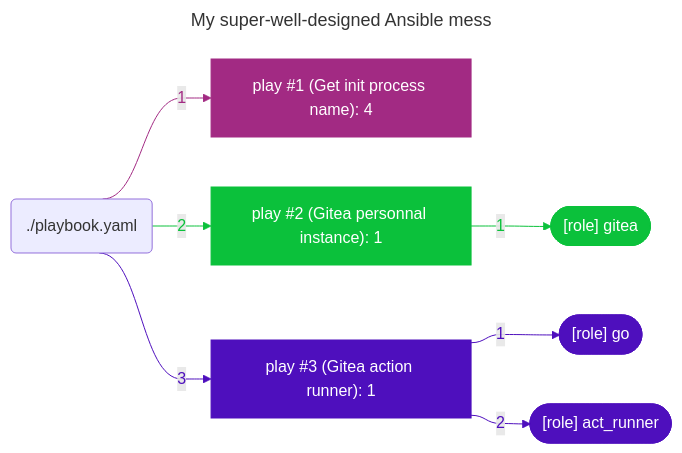
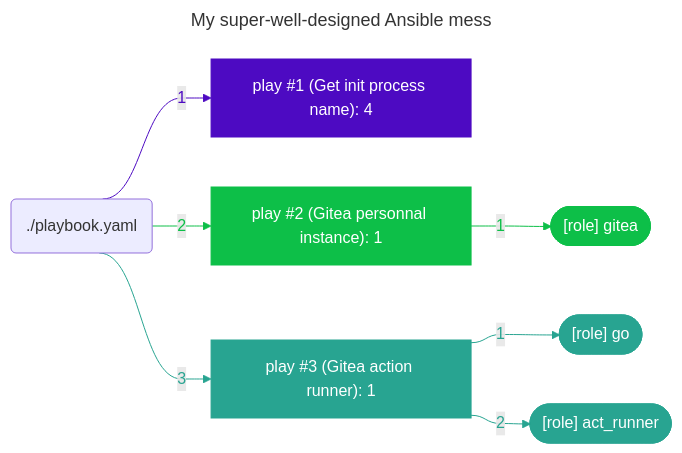
Before and after one commit to boyreau/boyreau: the diagram in README.md, drawn with Mermaid.

Commit message:
profile graph automatic update

````diff
--- a/README.md
+++ b/README.md
@@ -48,47 +48,47 @@
 ```mermaid
 ---
 title: "My super-well-designed Ansible mess"
 ---
 %%{ init: { "flowchart": { "curve": "bumpX" } } }%%
 flowchart LR
 	%% Start of the playbook './playbook.yaml'
-	playbook_58771bd0("./playbook.yaml")
+	playbook_70147e72("./playbook.yaml")
 		%% Start of the play 'play #1 (Get init process name): 4'
-		play_516c29f7["play #1 (Get init process name): 4"]
-		style play_516c29f7 stroke:#a22a83,fill:#a22a83,color:#ffffff
-		playbook_58771bd0 --> |"1"| play_516c29f7
-		linkStyle 0 stroke:#a22a83,color:#a22a83
+		play_82de7cd2["play #1 (Get init process name): 4"]
+		style play_82de7cd2 stroke:#4d0ac2,fill:#4d0ac2,color:#ffffff
+		playbook_70147e72 --> |"1"| play_82de7cd2
+		linkStyle 0 stroke:#4d0ac2,color:#4d0ac2
 		%% End of the play 'play #1 (Get init process name): 4'
 		%% Start of the play 'play #2 (Gitea personnal instance): 1'
-		play_67f67a36["play #2 (Gitea personnal instance): 1"]
-		style play_67f67a36 stroke:#0bc13b,fill:#0bc13b,color:#ffffff
-		playbook_58771bd0 --> |"2"| play_67f67a36
-		linkStyle 1 stroke:#0bc13b,color:#0bc13b
+		play_9cdacf44["play #2 (Gitea personnal instance): 1"]
+		style play_9cdacf44 stroke:#0dbf48,fill:#0dbf48,color:#ffffff
+		playbook_70147e72 --> |"2"| play_9cdacf44
+		linkStyle 1 stroke:#0dbf48,color:#0dbf48
 			%% Start of the role '[role] gitea'
-			play_67f67a36 --> |"1 "| role_1f3d9f96
-			linkStyle 2 stroke:#0bc13b,color:#0bc13b
-			role_1f3d9f96(["[role] gitea"])
-			style role_1f3d9f96 fill:#0bc13b,color:#ffffff,stroke:#0bc13b
+			play_9cdacf44 --> |"1 "| role_4a367069
+			linkStyle 2 stroke:#0dbf48,color:#0dbf48
+			role_4a367069(["[role] gitea"])
+			style role_4a367069 fill:#0dbf48,color:#ffffff,stroke:#0dbf48
 			%% End of the role '[role] gitea'
 		%% End of the play 'play #2 (Gitea personnal instance): 1'
 		%% Start of the play 'play #3 (Gitea action runner): 1'
-		play_c1192f12["play #3 (Gitea action runner): 1"]
-		style play_c1192f12 stroke:#4e0fbd,fill:#4e0fbd,color:#ffffff
-		playbook_58771bd0 --> |"3"| play_c1192f12
-		linkStyle 3 stroke:#4e0fbd,color:#4e0fbd
+		play_91baa20f["play #3 (Gitea action runner): 1"]
+		style play_91baa20f stroke:#28a491,fill:#28a491,color:#ffffff
+		playbook_70147e72 --> |"3"| play_91baa20f
+		linkStyle 3 stroke:#28a491,color:#28a491
 			%% Start of the role '[role] go'
-			play_c1192f12 --> |"1 "| role_fc9e2cc2
-			linkStyle 4 stroke:#4e0fbd,color:#4e0fbd
-			role_fc9e2cc2(["[role] go"])
-			style role_fc9e2cc2 fill:#4e0fbd,color:#ffffff,stroke:#4e0fbd
+			play_91baa20f --> |"1 "| role_bff3c292
+			linkStyle 4 stroke:#28a491,color:#28a491
+			role_bff3c292(["[role] go"])
+			style role_bff3c292 fill:#28a491,color:#ffffff,stroke:#28a491
 			%% End of the role '[role] go'
 			%% Start of the role '[role] act_runner'
-			play_c1192f12 --> |"2 "| role_c15c38af
-			linkStyle 5 stroke:#4e0fbd,color:#4e0fbd
-			role_c15c38af(["[role] act_runner"])
-			style role_c15c38af fill:#4e0fbd,color:#ffffff,stroke:#4e0fbd
+			play_91baa20f --> |"2 "| role_dc8db591
+			linkStyle 5 stroke:#28a491,color:#28a491
+			role_dc8db591(["[role] act_runner"])
+			style role_dc8db591 fill:#28a491,color:#ffffff,stroke:#28a491
 			%% End of the role '[role] act_runner'
 		%% End of the play 'play #3 (Gitea action runner): 1'
 	%% End of the playbook './playbook.yaml'
 
 ```
````
